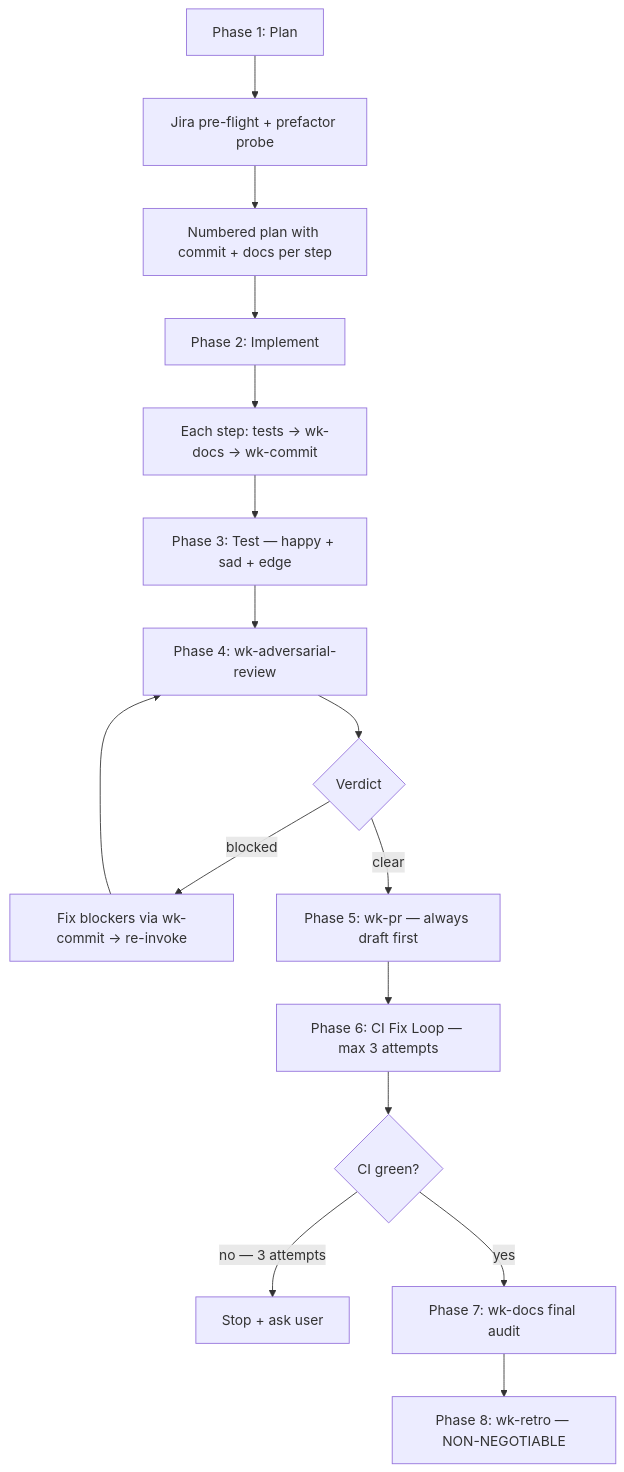
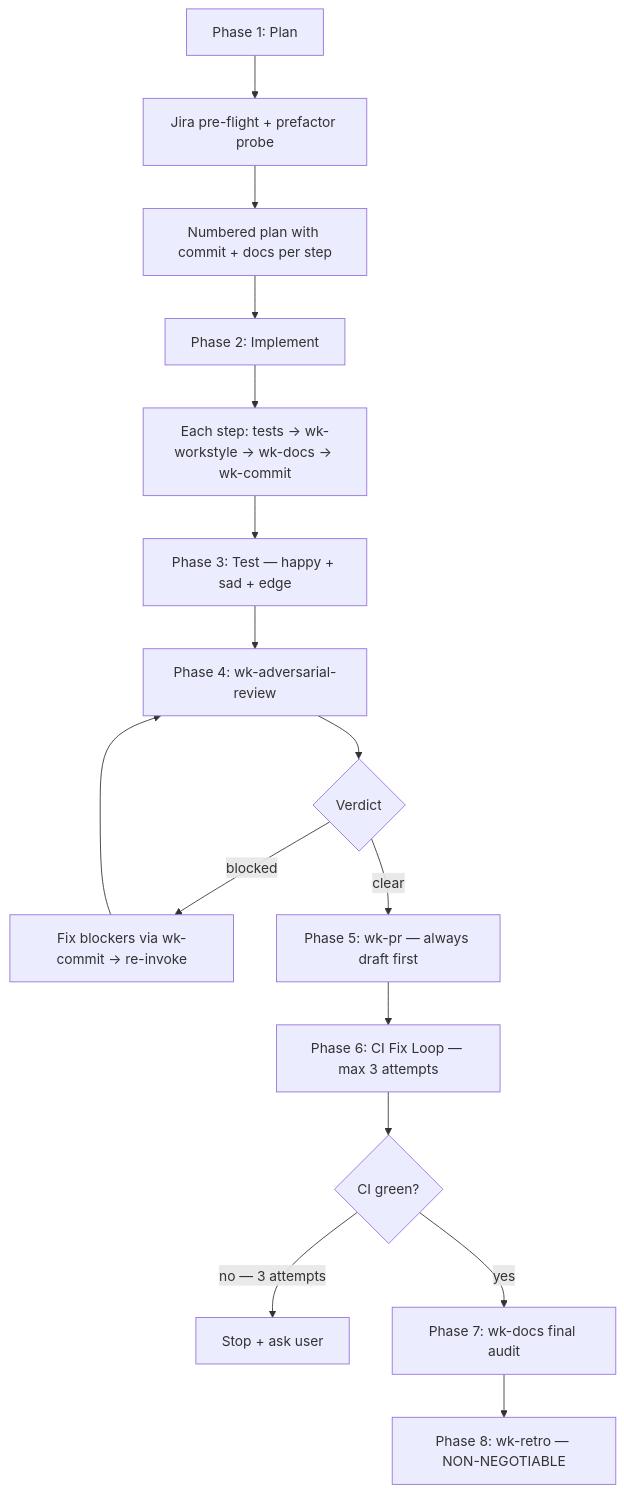
Before and after one commit to whizzzkid/skills: the diagram in skills/workflow/README.md, drawn with Mermaid. The commit also changed 3 other files, not shown here.

````diff
--- a/skills/workflow/README.md
+++ b/skills/workflow/README.md
@@ -14,22 +14,22 @@
 ```mermaid
 flowchart TD
     A[Phase 1: Plan] --> A1[Jira pre-flight + prefactor probe]
     A1 --> A2[Numbered plan with commit + docs per step]
     A2 --> B[Phase 2: Implement]
-    B --> B1[Each step: tests → wk-docs → wk-commit]
+    B --> B1[Each step: tests → wk-workstyle → wk-docs → wk-commit]
     B1 --> C[Phase 3: Test — happy + sad + edge]
     C --> D[Phase 4: wk-adversarial-review]
     D --> E{Verdict}
     E -->|blocked| F[Fix blockers via wk-commit → re-invoke]
     F --> D
     E -->|clear| G[Phase 5: wk-pr — always draft first]
     G --> H[Phase 6: CI Fix Loop — max 3 attempts]
     H --> I{CI green?}
     I -->|no — 3 attempts| J[Stop + ask user]
     I -->|yes| K[Phase 7: wk-docs final audit]
     K --> L[Phase 8: wk-retro — NON-NEGOTIABLE]
     click D href "../adversarial-review/README.md" _blank
     click G href "../pr/README.md" _blank
     click K href "../docs/README.md" _blank
     click L href "../retro/README.md" _blank
 ```
````
